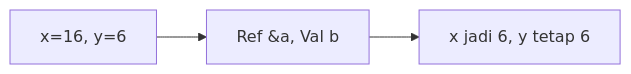
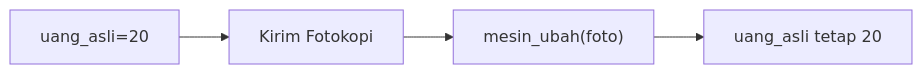
The sixth of 25 diagrams in part-c-pemahaman-cpp/04-fungsi/latihan/set-11.md (amnahwaida/OSNK_INF_PREP), drawn with Mermaid before and after one commit. The commit also changed other lines of this file and 71 other files, not shown here.

````diff
--- a/part-c-pemahaman-cpp/04-fungsi/latihan/set-11.md
+++ b/part-c-pemahaman-cpp/04-fungsi/latihan/set-11.md
@@ -156,5 +161,6 @@
 ```mermaid
 graph LR
-A["x=16, y=6"] --> B["Ref &a, Val b"]
-B --> C["x jadi 6, y tetap 6"]
+A["uang_asli=20"] --> B["Kirim Fotokopi"]
+B --> C["mesin_ubah(foto)"]
+C --> D["uang_asli tetap 20"]
 ```
````
